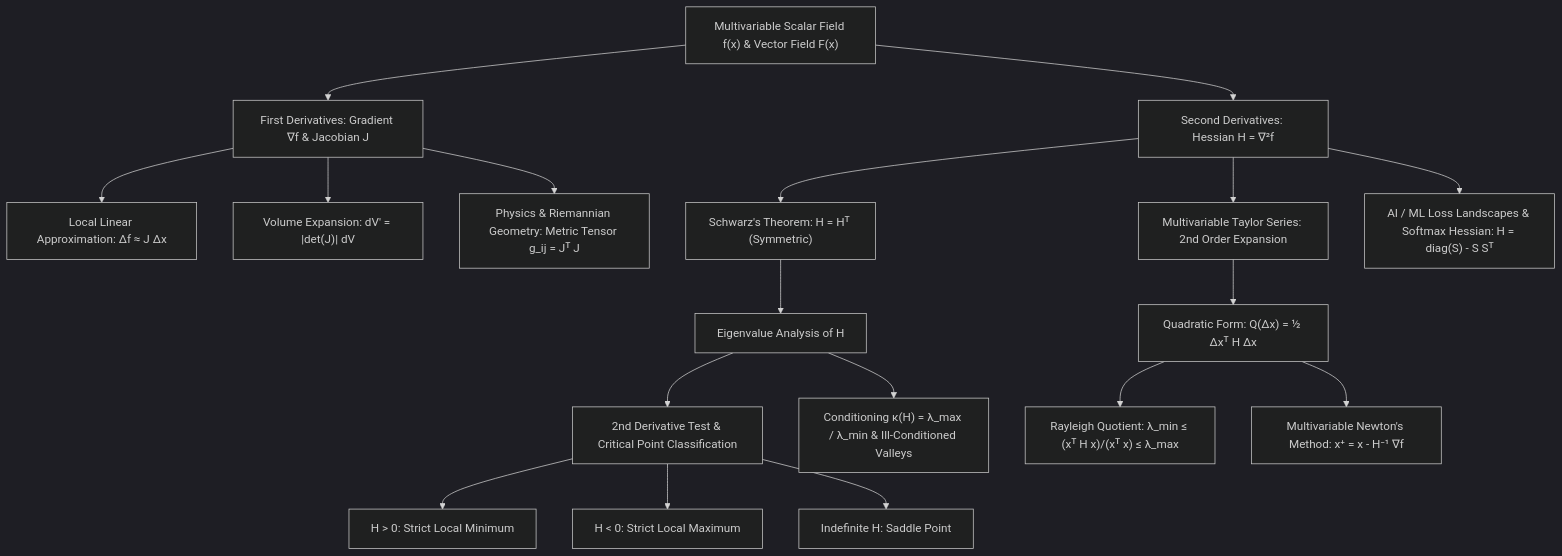
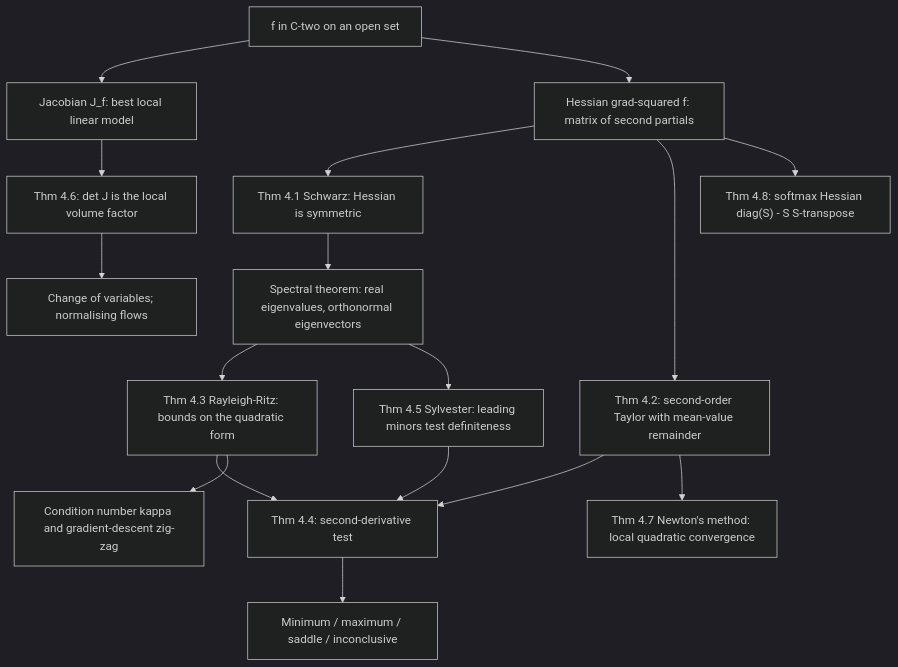
Before and after one commit to hien078/applied-mathematics-foundation: the diagram in calculus/12_hessian_jacobian_curvature/README.md, drawn with Mermaid (dark theme). The commit also changed other lines of this file and 25 other files, not shown here.

````diff
--- a/calculus/12_hessian_jacobian_curvature/README.md
+++ b/calculus/12_hessian_jacobian_curvature/README.md
@@ -34,26 +44,23 @@
 ```mermaid
 flowchart TD
-    A["Multivariable Scalar Field f(x) & Vector Field F(x)"] --> B["First Derivatives: Gradient ∇f & Jacobian J"]
-    A --> C["Second Derivatives: Hessian H = ∇²f"]
-    
-    B --> D["Local Linear Approximation: Δf ≈ J Δx"]
-    B --> E["Volume Expansion: dV' = |det(J)| dV"]
-    
-    C --> F["Schwarz's Theorem: H = Hᵀ (Symmetric)"]
-    C --> G["Multivariable Taylor Series: 2nd Order Expansion"]
-    
-    G --> H["Quadratic Form: Q(Δx) = ½ Δxᵀ H Δx"]
-    H --> I["Rayleigh Quotient: λ_min ≤ (xᵀ H x)/(xᵀ x) ≤ λ_max"]
-    
-    F --> J["Eigenvalue Analysis of H"]
-    J --> K["2nd Derivative Test & Critical Point Classification"]
-    K --> K1["H > 0: Strict Local Minimum"]
-    K --> K2["H < 0: Strict Local Maximum"]
-    K --> K3["Indefinite H: Saddle Point"]
-    
-    H --> L["Multivariable Newton's Method: x⁺ = x - H⁻¹ ∇f"]
-    J --> M["Conditioning κ(H) = λ_max / λ_min & Ill-Conditioned Valleys"]
-    
-    C --> N["AI / ML Loss Landscapes & Softmax Hessian: H = diag(S) - S Sᵀ"]
-    B --> O["Physics & Riemannian Geometry: Metric Tensor g_ij = Jᵀ J"]
+    A["f in C-two on an open set"] --> B["Jacobian J_f: best local linear model"]
+    A --> C["Hessian grad-squared f: matrix of second partials"]
+
+    B --> D["Thm 4.6: det J is the local volume factor"]
+    D --> E["Change of variables; normalising flows"]
+
+    C --> F["Thm 4.1 Schwarz: Hessian is symmetric"]
+    F --> G["Spectral theorem: real eigenvalues, orthonormal eigenvectors"]
+    C --> H["Thm 4.2: second-order Taylor with mean-value remainder"]
+
+    G --> I["Thm 4.3 Rayleigh-Ritz: bounds on the quadratic form"]
+    G --> J["Thm 4.5 Sylvester: leading minors test definiteness"]
+    H --> K["Thm 4.4: second-derivative test"]
+    I --> K
+    J --> K
+
+    K --> L["Minimum / maximum / saddle / inconclusive"]
+    I --> M["Condition number kappa and gradient-descent zig-zag"]
+    H --> N["Thm 4.7 Newton's method: local quadratic convergence"]
+    C --> O["Thm 4.8: softmax Hessian diag(S) - S S-transpose"]
 ```
````
